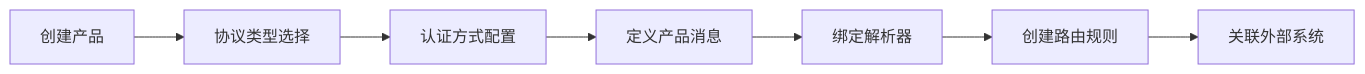
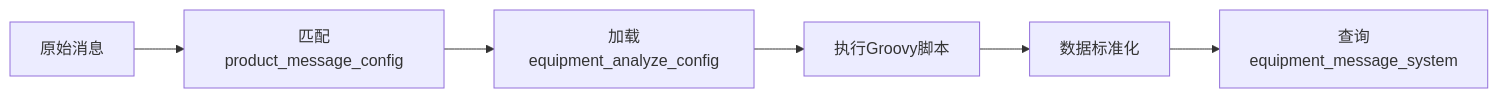
One commit to fuyong859050943/iodraw-files changed the diagram in all/未命名-5.md. Above: the diagram before and after it, drawn with Mermaid.

Commit message:
2025-02-25 17:41:50 update

````diff
--- a/all/未命名-5.md
+++ b/all/未命名-5.md
@@ -1,9 +1,8 @@
 ```mermaid
 flowchart LR
-    CP[创建产品] --> PP[协议类型选择]
-    PP --> PC[认证方式配置]
-    PC --> PM[定义产品消息]
-    PM --> PA[绑定解析器]
-    PA --> CR[创建路由规则]
-    CR --> ES[关联外部系统]
+    RawMsg[原始消息] --> MsgMatch[匹配product_message_config]
+    MsgMatch --> LoadParser[加载equipment_analyze_config]
+    LoadParser --> ExecScript[执行Groovy脚本]
+    ExecScript --> Transform[数据标准化]
+    Transform --> Route[查询equipment_message_system]
 ```
````
